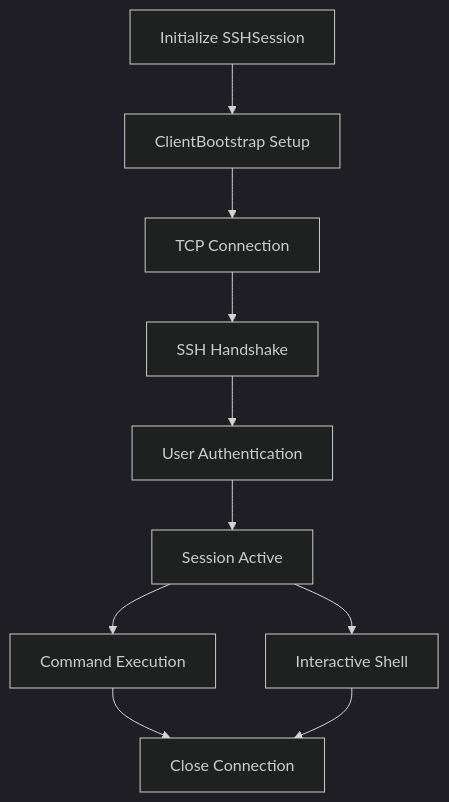
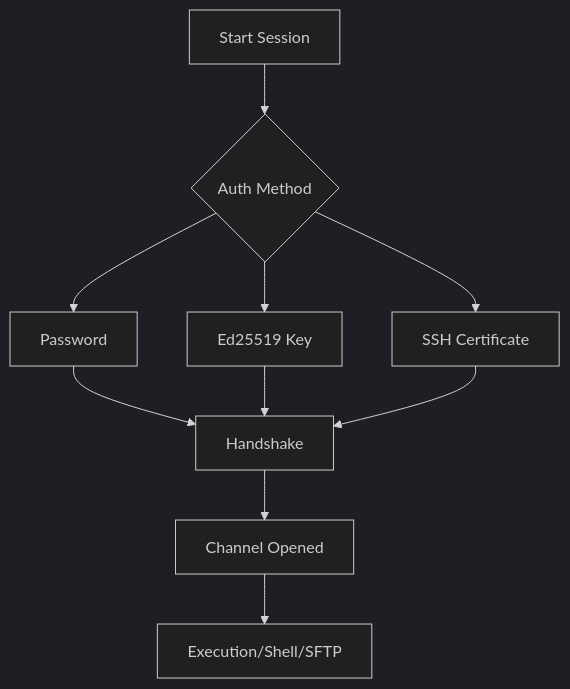
Before and after one commit to blixten85/bastion: the first of 2 diagrams in .cubic/wiki/03-core-features/01-ssh-engine.md, drawn with Mermaid (dark theme). The commit also changed other lines of this file and 49 other files, not shown here.

````diff
--- a/.cubic/wiki/03-core-features/01-ssh-engine.md
+++ b/.cubic/wiki/03-core-features/01-ssh-engine.md
@@ -34,12 +44,12 @@
 ```mermaid
 flowchart TD
-    Start[Initialize SSHSession] --> Bootstrap[ClientBootstrap Setup]
-    Bootstrap --> Connect[TCP Connection]
-    Connect --> Handshake[SSH Handshake]
-    Handshake --> Auth[User Authentication]
-    Auth --> SessionReady[Session Active]
-    SessionReady --> Exec[Command Execution]
-    SessionReady --> Shell[Interactive Shell]
-    Exec --> Close[Close Connection]
-    Shell --> Close
+    A[Start Session] --> B{Auth Method}
+    B --> C[Password]
+    B --> D[Ed25519 Key]
+    B --> E[SSH Certificate]
+    C --> F[Handshake]
+    D --> F
+    E --> F
+    F --> G[Channel Opened]
+    G --> H[Execution/Shell/SFTP]
 ```
````
